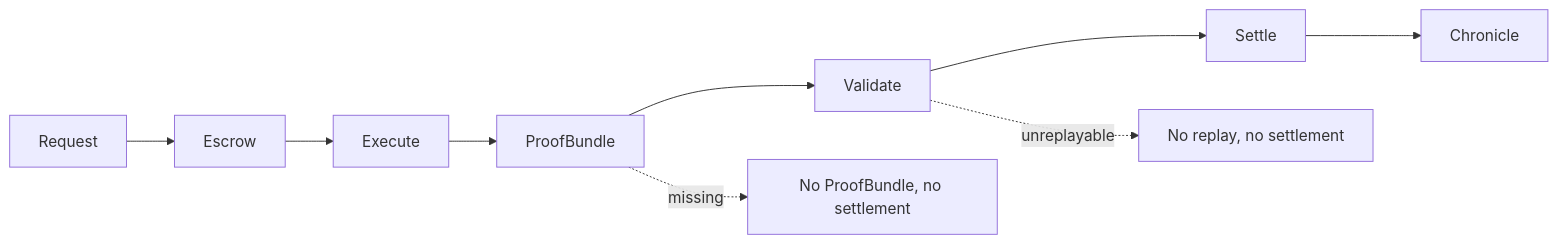
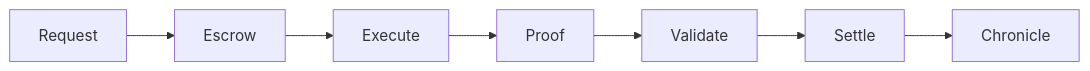
The second of 7 diagrams in README.md (MontrealAI/goalos-agijobmanager-ascension), drawn with Mermaid before and after one commit. The commit also changed other lines of this file and 63 other files, not shown here.

````diff
--- a/README.md
+++ b/README.md
@@ -164,11 +83,4 @@
 ```mermaid
 flowchart LR
-  Req[Request] --> Esc[Escrow]
-  Esc --> Exe[Execute]
-  Exe --> Proof[ProofBundle]
-  Proof --> Val[Validate]
-  Val --> Settle[Settle]
-  Settle --> Chron[Chronicle]
-  Proof -. missing .-> Stop1[No ProofBundle, no settlement]
-  Val -. unreplayable .-> Stop2[No replay, no settlement]
+  Req[Request] --> Esc[Escrow] --> Exe[Execute] --> Proof[Proof] --> Val[Validate] --> Settle[Settle] --> Chron[Chronicle]
 ```
````
